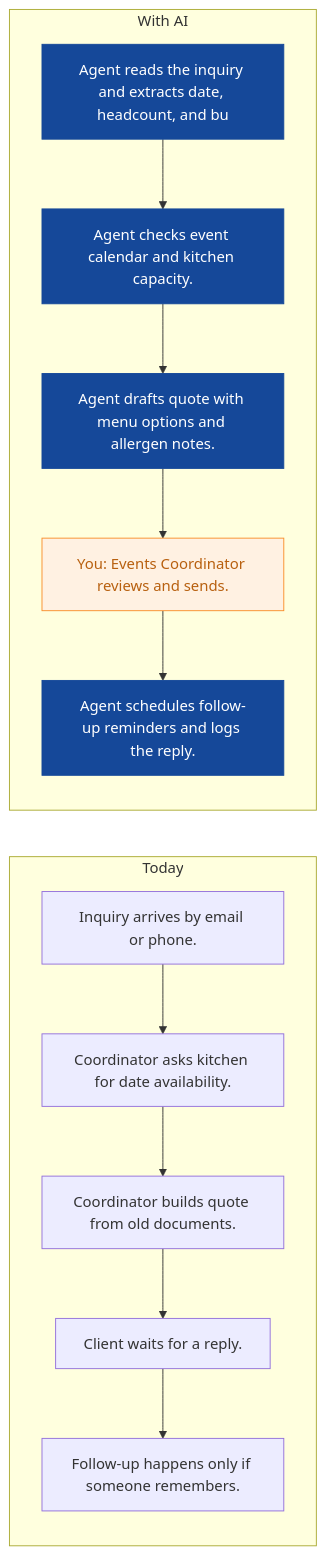
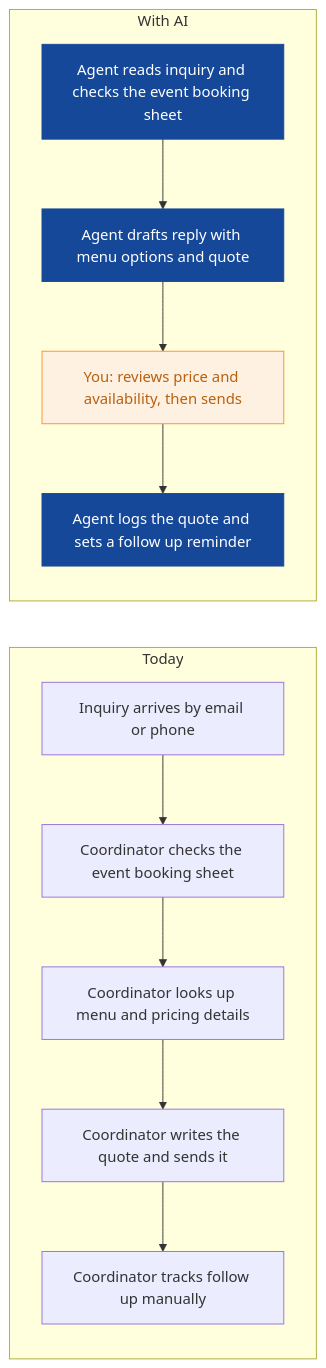
The first of 8 diagrams in strategies/saffron-table-group.md (nexibeo/Complete-AI-Strategy), drawn with Mermaid before and after one commit. The commit also changed other lines of this file and 26 other files, not shown here.

````diff
--- a/strategies/saffron-table-group.md
+++ b/strategies/saffron-table-group.md
@@ -78,23 +53,22 @@
 ```mermaid
 flowchart LR
   subgraph Today
-    B0["Inquiry arrives by email or phone."]
-    B1["Coordinator asks kitchen for date availability."]
-    B2["Coordinator builds quote from old documents."]
-    B3["Client waits for a reply."]
-    B4["Follow-up happens only if someone remembers."]
+    B0["Inquiry arrives by email or phone"]
+    B1["Coordinator checks the event booking sheet"]
+    B2["Coordinator looks up menu and pricing details"]
+    B3["Coordinator writes the quote and sends it"]
+    B4["Coordinator tracks follow up manually"]
     B0 --> B1 --> B2 --> B3 --> B4
   end
   subgraph WithAI[With AI]
-    A0["Agent reads the inquiry and extracts date, headcount, and bu"]
-    A1["Agent checks event calendar and kitchen capacity."]
-    A2["Agent drafts quote with menu options and allergen notes."]
-    A3["You: Events Coordinator reviews and sends."]
-    A4["Agent schedules follow-up reminders and logs the reply."]
-    A0 --> A1 --> A2 --> A3 --> A4
+    A0["Agent reads inquiry and checks the event booking sheet"]
+    A1["Agent drafts reply with menu options and quote"]
+    A2["You: reviews price and availability, then sends"]
+    A3["Agent logs the quote and sets a follow up reminder"]
+    A0 --> A1 --> A2 --> A3
   end
   classDef ai fill:#154899,color:#fff,stroke:#154899
   classDef human fill:#FFF1E2,color:#B8600F,stroke:#F98F2C
-  class A0,A1,A2,A4 ai
-  class A3 human
+  class A0,A1,A3 ai
+  class A2 human
 ```
````
